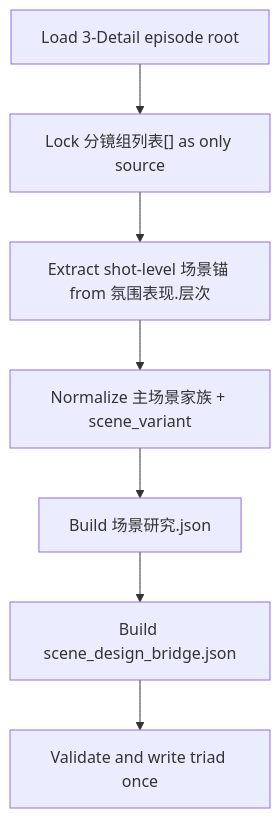
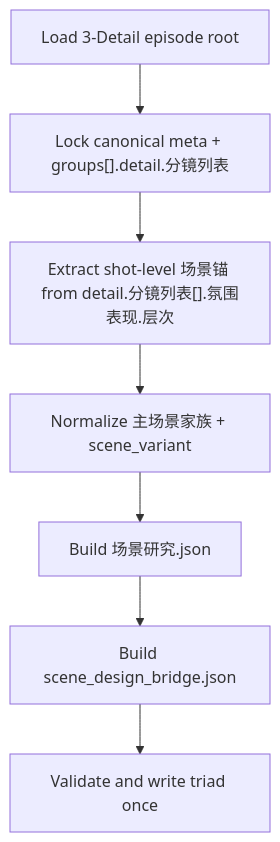
The first of 3 diagrams in .agents/skills/aigc/4-Design/1-清单/场景/SKILL.md (ZEN-VOID/AI-CUT), drawn with Mermaid before and after one commit. The commit also changed other lines of this file and 362 other files, not shown here.

````diff
--- a/.agents/skills/aigc/4-Design/1-清单/场景/SKILL.md
+++ b/.agents/skills/aigc/4-Design/1-清单/场景/SKILL.md
@@ -140,9 +153,9 @@
 ```mermaid
 flowchart TD
-    A["Load 3-Detail episode root"] --> B["Lock 分镜组列表[] as only source"]
-    B --> C["Extract shot-level 场景锚 from 氛围表现.层次"]
+    A["Load 3-Detail episode root"] --> B["Lock canonical meta + groups[].detail.分镜列表"]
+    B --> C["Extract shot-level 场景锚 from detail.分镜列表[].氛围表现.层次"]
     C --> D["Normalize 主场景家族 + scene_variant"]
     D --> E["Build 场景研究.json"]
     E --> F["Build scene_design_bridge.json"]
     F --> G["Validate and write triad once"]
 ```
````
